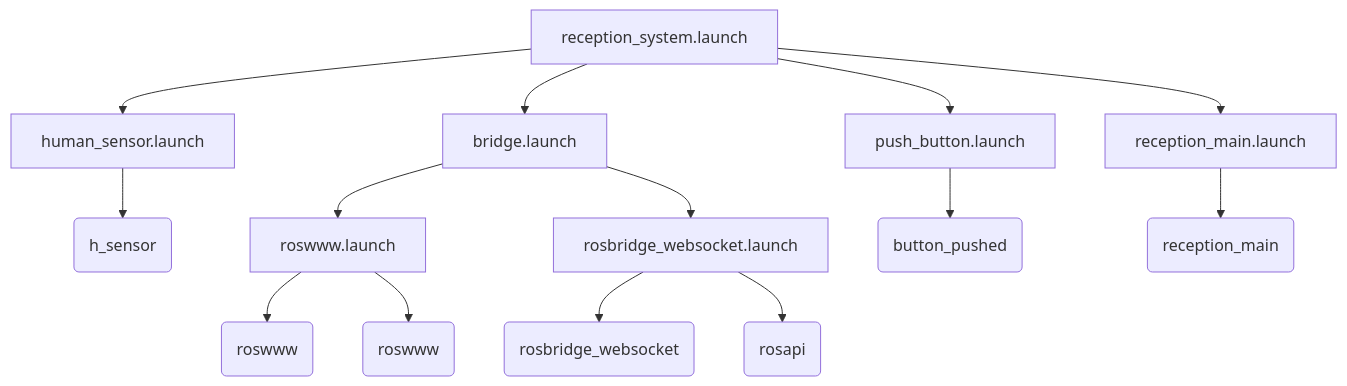
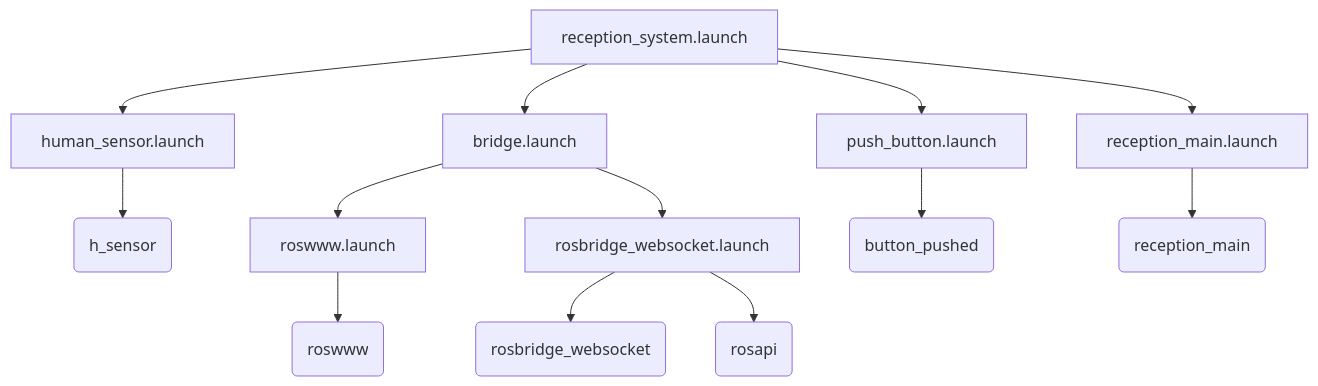
The diagram in README.md (kanpapa/reception_system), drawn with Mermaid before and after one commit.

Commit message:
Fixed diagram

````diff
--- a/README.md
+++ b/README.md
@@ -7,16 +7,15 @@
 ```mermaid
 graph TD
     A[reception_system.launch] --> B[human_sensor.launch]
     A --> C[bridge.launch]
     A --> D[push_button.launch]
     A --> E[reception_main.launch]
     B --> F(h_sensor)
     C --> G[roswww.launch]
-    G --> G1(roswww)
     C --> H[rosbridge_websocket.launch]
     H --> I(rosbridge_websocket)
     H --> I1(rosapi)
     D --> J(button_pushed)
     E --> K(reception_main)
     G --> L(roswww)
 ```
````
